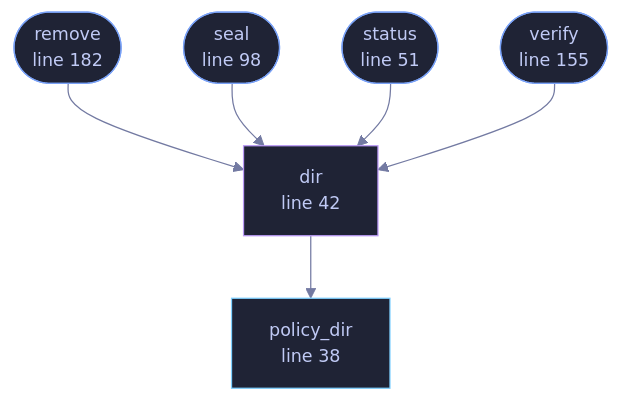
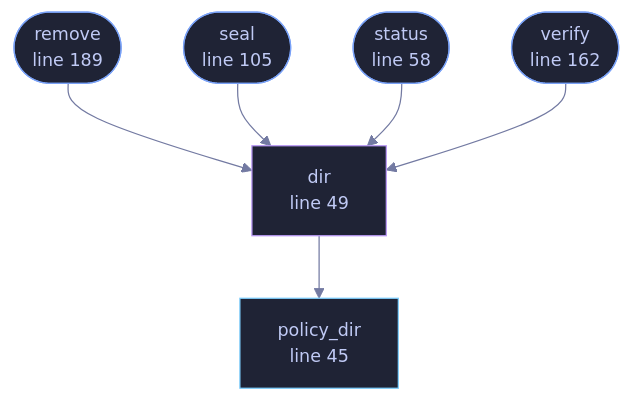
Before and after one commit to tilas01/veilvoice: the diagram in docs/files/veilvoice-cli/policy.md, drawn with Mermaid. The commit also changed other lines of this file and 487 other files, not shown here.

````diff
--- a/docs/files/veilvoice-cli/policy.md
+++ b/docs/files/veilvoice-cli/policy.md
@@ -83,27 +91,27 @@
 ```mermaid
 %%{init: {"theme":"base","themeVariables":{"background":"#1a1b26","primaryColor":"#1f2335","primaryTextColor":"#c0caf5","primaryBorderColor":"#7aa2f7","secondaryColor":"#16161e","tertiaryColor":"#16161e","lineColor":"#737aa2","textColor":"#c0caf5","mainBkg":"#1f2335","nodeBorder":"#7aa2f7","clusterBkg":"#16161e","clusterBorder":"#2f3549","fontFamily":"ui-monospace, SFMono-Regular, Consolas, monospace","fontSize":"14px"}}}%%
 flowchart TD
-    n_policy_dir["policy_dir<br/>line 38"]
-    n_dir["dir<br/>line 42"]
-    n_status(["status<br/>line 51"])
-    n_seal(["seal<br/>line 98"])
-    n_verify(["verify<br/>line 155"])
-    n_remove(["remove<br/>line 182"])
+    n_policy_dir["policy_dir<br/>line 45"]
+    n_dir["dir<br/>line 49"]
+    n_status(["status<br/>line 58"])
+    n_seal(["seal<br/>line 105"])
+    n_verify(["verify<br/>line 162"])
+    n_remove(["remove<br/>line 189"])
     n_dir --> n_policy_dir
     n_remove --> n_dir
     n_seal --> n_dir
     n_status --> n_dir
     n_verify --> n_dir
-    click n_policy_dir href "https://github.com/tilas01/veilvoice/blob/main/crates/veilvoice-cli/src/policy.rs#L38" "open the source"
-    click n_dir href "https://github.com/tilas01/veilvoice/blob/main/crates/veilvoice-cli/src/policy.rs#L42" "open the source"
-    click n_status href "https://github.com/tilas01/veilvoice/blob/main/crates/veilvoice-cli/src/policy.rs#L51" "open the source"
-    click n_seal href "https://github.com/tilas01/veilvoice/blob/main/crates/veilvoice-cli/src/policy.rs#L98" "open the source"
-    click n_verify href "https://github.com/tilas01/veilvoice/blob/main/crates/veilvoice-cli/src/policy.rs#L155" "open the source"
-    click n_remove href "https://github.com/tilas01/veilvoice/blob/main/crates/veilvoice-cli/src/policy.rs#L182" "open the source"
+    click n_policy_dir href "https://github.com/tilas01/veilvoice/blob/main/crates/veilvoice-cli/src/policy.rs#L45" "open the source"
+    click n_dir href "https://github.com/tilas01/veilvoice/blob/main/crates/veilvoice-cli/src/policy.rs#L49" "open the source"
+    click n_status href "https://github.com/tilas01/veilvoice/blob/main/crates/veilvoice-cli/src/policy.rs#L58" "open the source"
+    click n_seal href "https://github.com/tilas01/veilvoice/blob/main/crates/veilvoice-cli/src/policy.rs#L105" "open the source"
+    click n_verify href "https://github.com/tilas01/veilvoice/blob/main/crates/veilvoice-cli/src/policy.rs#L162" "open the source"
+    click n_remove href "https://github.com/tilas01/veilvoice/blob/main/crates/veilvoice-cli/src/policy.rs#L189" "open the source"
     classDef entry fill:#1f2335,stroke:#7aa2f7,color:#c0caf5
     class n_status,n_seal,n_verify,n_remove entry
     classDef api fill:#1f2335,stroke:#7dcfff,color:#c0caf5
     class n_policy_dir api
     classDef helper fill:#1f2335,stroke:#bb9af7,color:#c0caf5
     class n_dir helper
 ```
````
